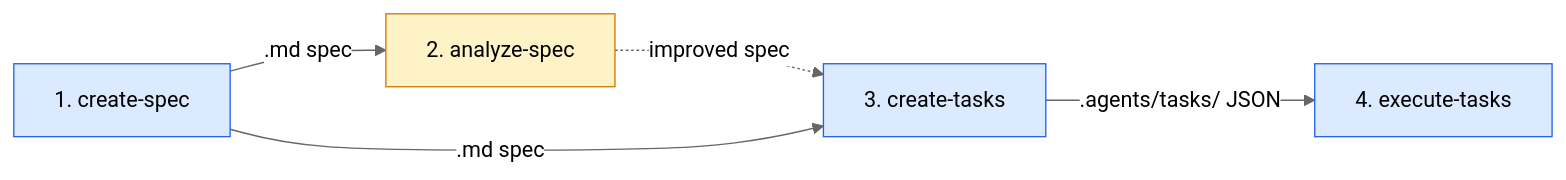
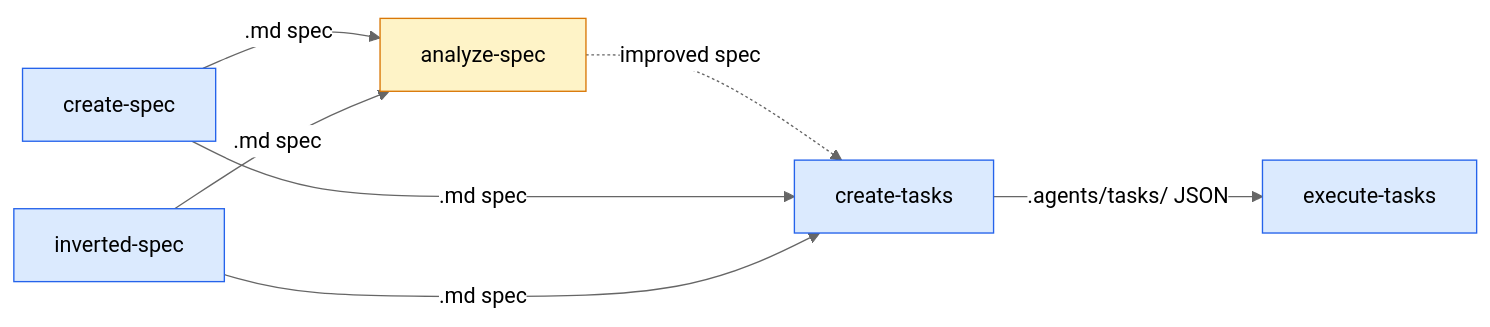
One commit to sequenzia/agent-tools changed the diagram in skills/sdd/README.md. Above: the diagram before and after it, drawn with Mermaid (neutral theme). The commit also changed other lines of this file and 6 other files, not shown here.

First line of the commit message:
feat(skills): add inverted-spec skill to SDD pipeline

````diff
--- a/skills/sdd/README.md
+++ b/skills/sdd/README.md
@@ -15,10 +18,12 @@
 ```mermaid
 flowchart LR
-    CS["1. create-spec"]:::primary -->|".md spec"| AS["2. analyze-spec"]:::warning
-    AS -.->|"improved spec"| CT["3. create-tasks"]:::primary
+    CS["create-spec"]:::primary -->|".md spec"| AS["analyze-spec"]:::warning
+    IS["inverted-spec"]:::primary -->|".md spec"| AS
+    AS -.->|"improved spec"| CT["create-tasks"]:::primary
     CS -->|".md spec"| CT
-    CT -->|".agents/tasks/ JSON"| ET["4. execute-tasks"]:::primary
+    IS -->|".md spec"| CT
+    CT -->|".agents/tasks/ JSON"| ET["execute-tasks"]:::primary
 
     classDef primary fill:#dbeafe,stroke:#2563eb,color:#000
     classDef warning fill:#fef3c7,stroke:#d97706,color:#000
 ```
````
